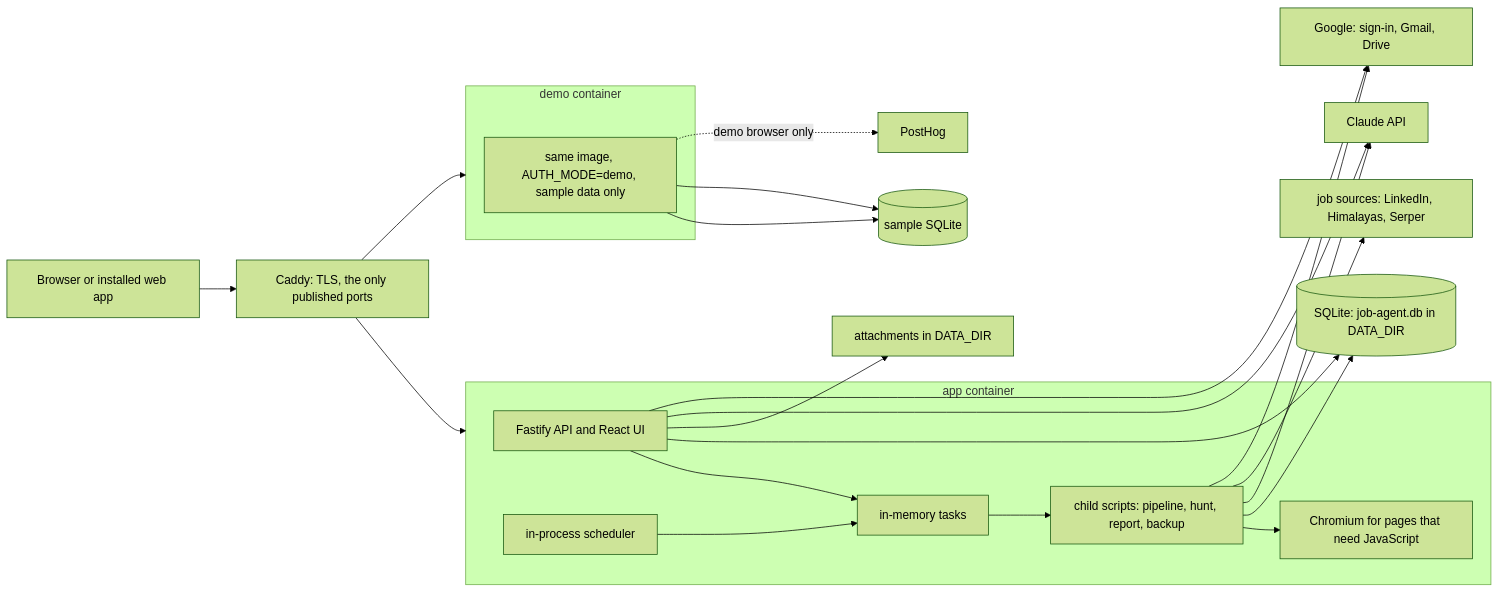
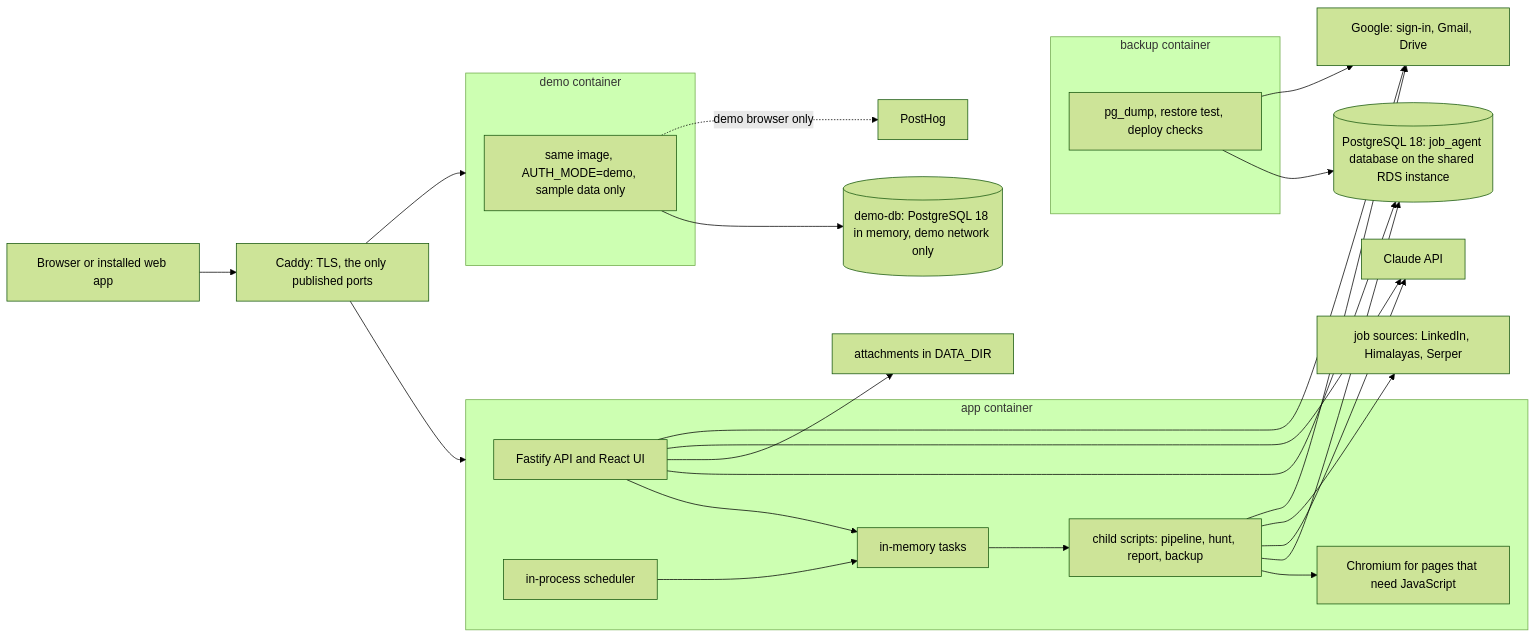
Before and after one commit to scottmroth5/Job-Agent: the diagram in docs/architecture/current-state.md, drawn with Mermaid (forest theme). The commit also changed other lines of this file and 3 other files, not shown here.

First line of the commit message:
Docs for production on PostgreSQL: PRIVACY.md, Help, README, architecture (merge at the cut-over)

````diff
--- a/docs/architecture/current-state.md
+++ b/docs/architecture/current-state.md
@@ -6,35 +6,40 @@
 ```mermaid
 flowchart LR
   B[Browser or installed web app] --> C[Caddy: TLS, the only published ports]
   C --> A
   C --> DM
 
   subgraph A[app container]
     API[Fastify API and React UI]
     SCH[in-process scheduler]
     T[in-memory tasks]
     CH[child scripts: pipeline, hunt, report, backup]
     BR[Chromium for pages that need JavaScript]
     API --> T
     SCH --> T
     T --> CH
     CH --> BR
   end
 
   subgraph DM[demo container]
     DAPI[same image, AUTH_MODE=demo, sample data only]
   end
   DAPI --> DDB[(demo-db: PostgreSQL 18 in memory, demo network only)]
 
-  API --> DB[(SQLite: job-agent.db in DATA_DIR)]
+  subgraph BK[backup container]
+    BS[pg_dump, restore test, deploy checks]
+  end
+
+  API --> DB[(PostgreSQL 18: job_agent database on the shared RDS instance)]
   CH --> DB
+  BS --> DB
+  BS --> G
   API --> FILES[attachments in DATA_DIR]
-  DAPI --> DDB[(sample SQLite)]
 
   CH --> CL[Claude API]
   API --> CL
   CH --> JS[job sources: LinkedIn, Himalayas, Serper]
   API --> G[Google: sign-in, Gmail, Drive]
   CH --> G
   DAPI -. demo browser only .-> PH[PostHog]
 ```
````
